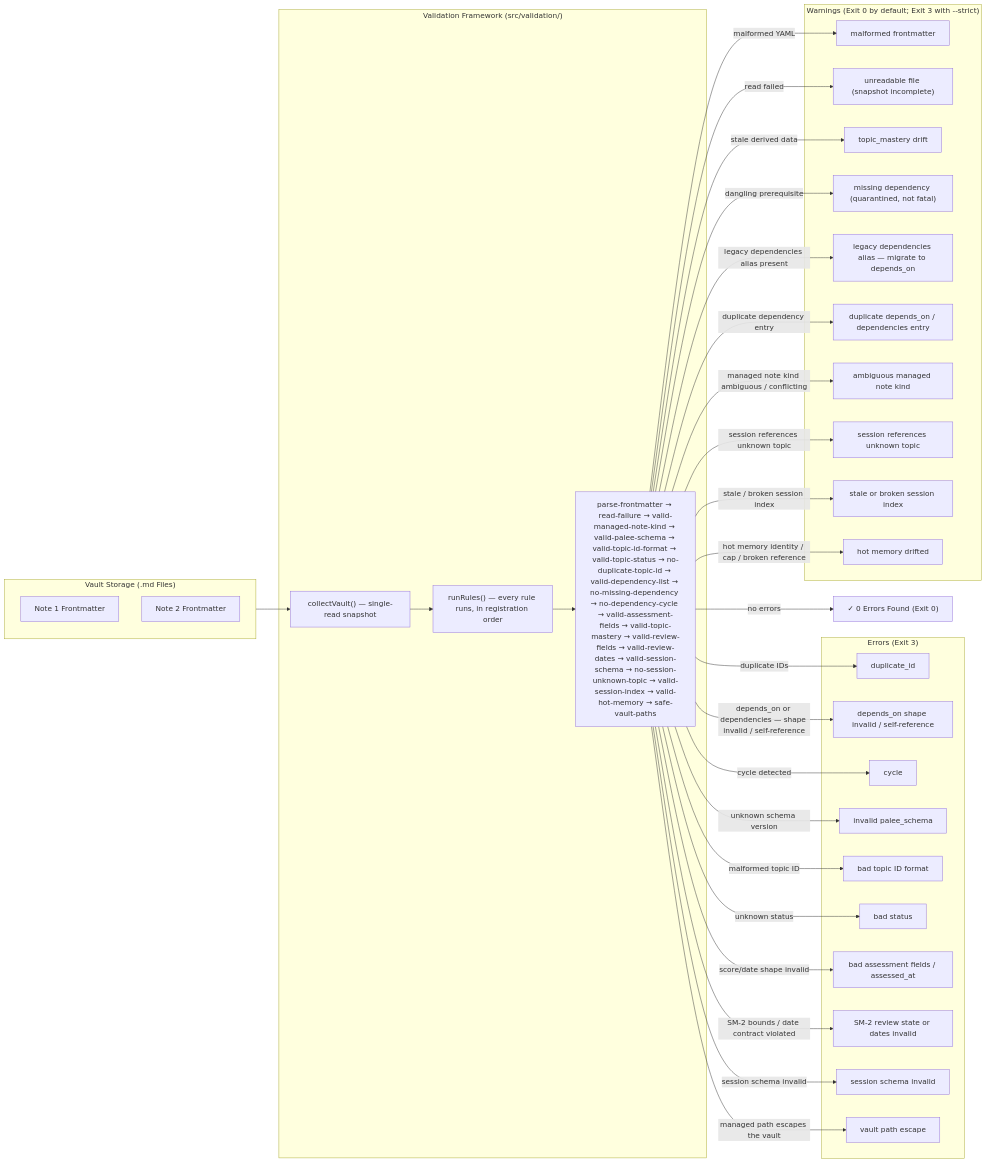
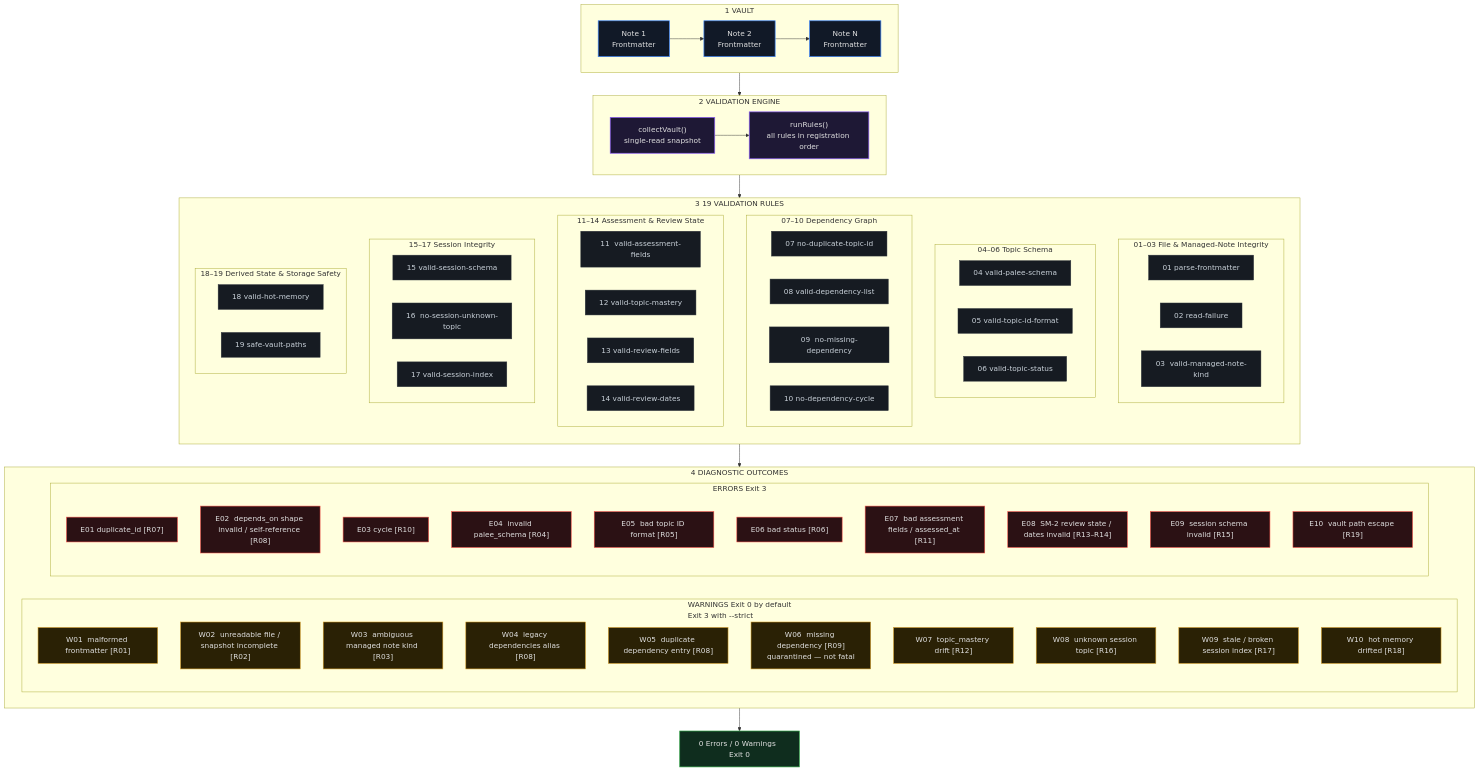
Before and after one commit to Kuldeep2822k/cli: the second of 2 diagrams in docs/02-3-reporting-commands.md, drawn with Mermaid. The commit also changed other lines of this file and 22 other files, not shown here.

First line of the commit message:
docs: resolve documentation audit drift, navigation gaps, and diagram layouts (#189)

````diff
--- a/docs/02-3-reporting-commands.md
+++ b/docs/02-3-reporting-commands.md
@@ -214,64 +214,139 @@
 ```mermaid
-flowchart LR
-    subgraph Storage ["Vault Storage (.md Files)"]
-        FM1["Note 1 Frontmatter"]
-        FM2["Note 2 Frontmatter"]
-    end
-    
-    subgraph Analyzer ["Validation Framework (src/validation/)"]
-        Scan["collectVault() — single-read snapshot"]
-        Runner["runRules() — every rule runs, in registration order"]
-        Rules["parse-frontmatter → read-failure → valid-managed-note-kind → valid-palee-schema → valid-topic-id-format → valid-topic-status → no-duplicate-topic-id → valid-dependency-list → no-missing-dependency → no-dependency-cycle → valid-assessment-fields → valid-topic-mastery → valid-review-fields → valid-review-dates → valid-session-schema → no-session-unknown-topic → valid-session-index → valid-hot-memory → safe-vault-paths"]
-    end
-    
-    subgraph Errors ["Errors (Exit 3)"]
-        ErrDup["duplicate_id"]
-        ErrDepShape["depends_on shape invalid / self-reference"]
-        ErrCyc["cycle"]
-        ErrSchema["invalid palee_schema"]
-        ErrId["bad topic ID format"]
-        ErrStatus["bad status"]
-        ErrAssess["bad assessment fields / assessed_at"]
-        ErrReview["SM-2 review state or dates invalid"]
-        ErrSession["session schema invalid"]
-        ErrPaths["vault path escape"]
+flowchart TB
+
+    %% =========================
+    %% INPUT
+    %% =========================
+    subgraph INPUT["1  VAULT"]
+        direction LR
+        FM1["Note 1<br/>Frontmatter"]
+        FM2["Note 2<br/>Frontmatter"]
+        FM3["Note N<br/>Frontmatter"]
+        FM1 --> FM2 --> FM3
     end
 
-    subgraph Warnings ["Warnings (Exit 0 by default; Exit 3 with --strict)"]
-        WarnParse["malformed frontmatter"]
-        WarnRead["unreadable file (snapshot incomplete)"]
-        WarnMastery["topic_mastery drift"]
-        WarnMiss["missing dependency (quarantined, not fatal)"]
-        WarnDepLegacy["legacy dependencies alias — migrate to depends_on"]
-        WarnDepDup["duplicate depends_on / dependencies entry"]
-        WarnKind["ambiguous managed note kind"]
-        WarnSessionTopic["session references unknown topic"]
-        WarnIndex["stale or broken session index"]
-        WarnHot["hot memory drifted"]
+    %% =========================
+    %% ENGINE
+    %% =========================
+    subgraph ENGINE["2  VALIDATION ENGINE"]
+        direction LR
+
+        COLLECT["collectVault()<br/>single-read snapshot"]
+        RUN["runRules()<br/>all rules in registration order"]
+
+        COLLECT --> RUN
     end
-    
-    Storage --> Scan
-    Scan --> Runner
-    Runner --> Rules
-    Rules -->|"duplicate IDs"| ErrDup
-    Rules -->|"dangling prerequisite"| WarnMiss
-    Rules -->|"depends_on or dependencies — shape invalid / self-reference"| ErrDepShape
-    Rules -->|"cycle detected"| ErrCyc
-    Rules -->|"unknown schema version"| ErrSchema
-    Rules -->|"malformed topic ID"| ErrId
-    Rules -->|"unknown status"| ErrStatus
-    Rules -->|"score/date shape invalid"| ErrAssess
-    Rules -->|"SM-2 bounds / date contract violated"| ErrReview
-    Rules -->|"legacy dependencies alias present"| WarnDepLegacy
-    Rules -->|"duplicate dependency entry"| WarnDepDup
-    Rules -->|"managed note kind ambiguous / conflicting"| WarnKind
-    Rules -->|"session schema invalid"| ErrSession
-    Rules -->|"session references unknown topic"| WarnSessionTopic
-    Rules -->|"stale / broken session index"| WarnIndex
-    Rules -->|"hot memory identity / cap / broken reference"| WarnHot
-    Rules -->|"managed path escapes the vault"| ErrPaths
-    Rules -->|"malformed YAML"| WarnParse
-    Rules -->|"read failed"| WarnRead
-    Rules -->|"stale derived data"| WarnMastery
-    Rules -->|"no errors"| Success["✓ 0 Errors Found (Exit 0)"]
+
+    INPUT --> COLLECT
+
+    %% =========================
+    %% RULES
+    %% =========================
+    subgraph RULES["3  19 VALIDATION RULES"]
+        direction TB
+
+        subgraph G1["01–03  File & Managed-Note Integrity"]
+            direction LR
+            R1["01  parse-frontmatter"]
+            R2["02  read-failure"]
+            R3["03  valid-managed-note-kind"]
+        end
+
+        subgraph G2["04–06  Topic Schema"]
+            direction LR
+            R4["04  valid-palee-schema"]
+            R5["05  valid-topic-id-format"]
+            R6["06  valid-topic-status"]
+        end
+
+        subgraph G3["07–10  Dependency Graph"]
+            direction LR
+            R7["07  no-duplicate-topic-id"]
+            R8["08  valid-dependency-list"]
+            R9["09  no-missing-dependency"]
+            R10["10  no-dependency-cycle"]
+        end
+
+        subgraph G4["11–14  Assessment & Review State"]
+            direction LR
+            R11["11  valid-assessment-fields"]
+            R12["12  valid-topic-mastery"]
+            R13["13  valid-review-fields"]
+            R14["14  valid-review-dates"]
+        end
+
+        subgraph G5["15–17  Session Integrity"]
+            direction LR
+            R15["15  valid-session-schema"]
+            R16["16  no-session-unknown-topic"]
+            R17["17  valid-session-index"]
+        end
+
+        subgraph G6["18–19  Derived State & Storage Safety"]
+            direction LR
+            R18["18  valid-hot-memory"]
+            R19["19  safe-vault-paths"]
+        end
+    end
+
+    RUN --> RULES
+
+    %% =========================
+    %% DIAGNOSTICS
+    %% =========================
+    subgraph OUTCOMES["4  DIAGNOSTIC OUTCOMES"]
+        direction LR
+
+        subgraph WARN["WARNINGS  Exit 0 by default<br/>Exit 3 with --strict"]
+            direction TB
+            W1["W01  malformed frontmatter [R01]"]
+            W2["W02  unreadable file / snapshot incomplete [R02]"]
+            W3["W03  ambiguous managed note kind [R03]"]
+            W4["W04  legacy dependencies alias [R08]"]
+            W5["W05  duplicate dependency entry [R08]"]
+            W6["W06  missing dependency [R09]<br/>quarantined — not fatal"]
+            W7["W07  topic_mastery drift [R12]"]
+            W8["W08  unknown session topic [R16]"]
+            W9["W09  stale / broken session index [R17]"]
+            W10["W10  hot memory drifted [R18]"]
+        end
+
+        subgraph ERR["ERRORS  Exit 3"]
+            direction TB
+            E1["E01  duplicate_id [R07]"]
+            E2["E02  depends_on shape invalid / self-reference [R08]"]
+            E3["E03  cycle [R10]"]
+            E4["E04  invalid palee_schema [R04]"]
+            E5["E05  bad topic ID format [R05]"]
+            E6["E06  bad status [R06]"]
+            E7["E07  bad assessment fields / assessed_at [R11]"]
+            E8["E08  SM-2 review state / dates invalid [R13–R14]"]
+            E9["E09  session schema invalid [R15]"]
+            E10["E10  vault path escape [R19]"]
+        end
+    end
+
+    RULES --> OUTCOMES
+
+    %% =========================
+    %% SUCCESS
+    %% =========================
+    OUTCOMES --> SUCCESS["0 Errors / 0 Warnings  Exit 0"]
+
+    %% =========================
+    %% STYLING
+    %% =========================
+    classDef input fill:#111927,stroke:#3b82f6,stroke-width:1.5px,color:#e0e0e0;
+    classDef engine fill:#1e1835,stroke:#8b5cf6,stroke-width:1.5px,color:#e0e0e0;
+    classDef rule fill:#161b22,stroke:#30363d,stroke-width:1px,color:#c9d1d9;
+    classDef warning fill:#2a2105,stroke:#d29922,stroke-width:1.2px,color:#e0e0e0;
+    classDef error fill:#2b1114,stroke:#f85149,stroke-width:1.2px,color:#e0e0e0;
+    classDef success fill:#0f2d1e,stroke:#2ea043,stroke-width:1.5px,color:#e0e0e0;
+
+    class FM1,FM2,FM3 input;
+    class COLLECT,RUN engine;
+    class R1,R2,R3,R4,R5,R6,R7,R8,R9,R10,R11,R12,R13,R14,R15,R16,R17,R18,R19 rule;
+    class W1,W2,W3,W4,W5,W6,W7,W8,W9,W10 warning;
+    class E1,E2,E3,E4,E5,E6,E7,E8,E9,E10 error;
+    class SUCCESS success;
 ```
````
